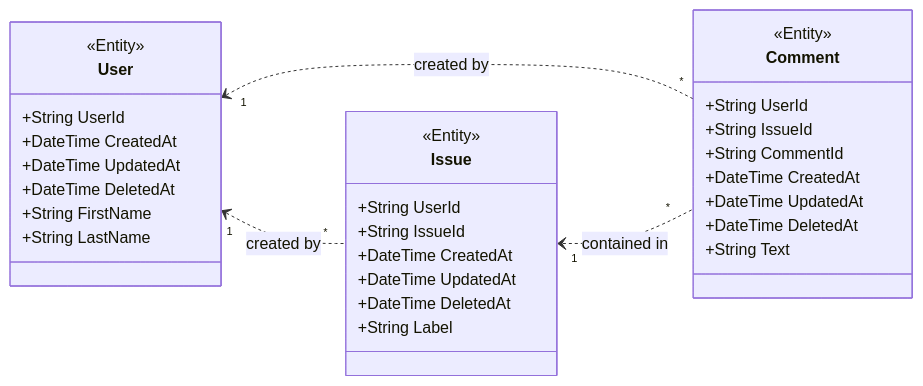
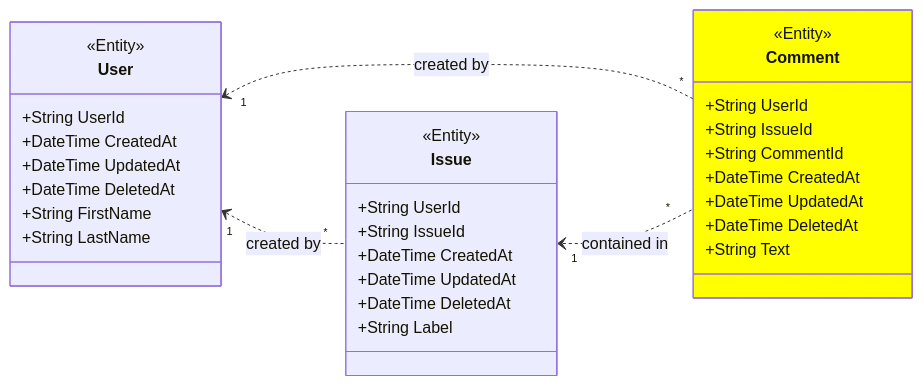
Before and after one commit to ghackenberg/csharp-maui-aspnet-sample: the diagram in Models/Data/Comment.mmd, drawn with Mermaid. The commit also changed 60 other files, not shown here.

```diff
--- a/Models/Data/Comment.mmd
+++ b/Models/Data/Comment.mmd
@@ -1,35 +1,37 @@
 classDiagram
     direction LR
 
     class User {
         <<Entity>>
         +String UserId
         +DateTime CreatedAt
         +DateTime UpdatedAt
         +DateTime DeletedAt
         +String FirstName
         +String LastName
     }
     class Issue {
         <<Entity>>
         +String UserId
         +String IssueId
         +DateTime CreatedAt
         +DateTime UpdatedAt
         +DateTime DeletedAt
         +String Label
     }
     class Comment {
         <<Entity>>
         +String UserId
         +String IssueId
         +String CommentId
         +DateTime CreatedAt
         +DateTime UpdatedAt
         +DateTime DeletedAt
         +String Text
     }
 
     User "1" <.. "*" Issue : created by
     User "1" <.. "*" Comment : created by
     Issue "1" <.. "*" Comment : contained in
+
+    style Comment fill:yellow
```
